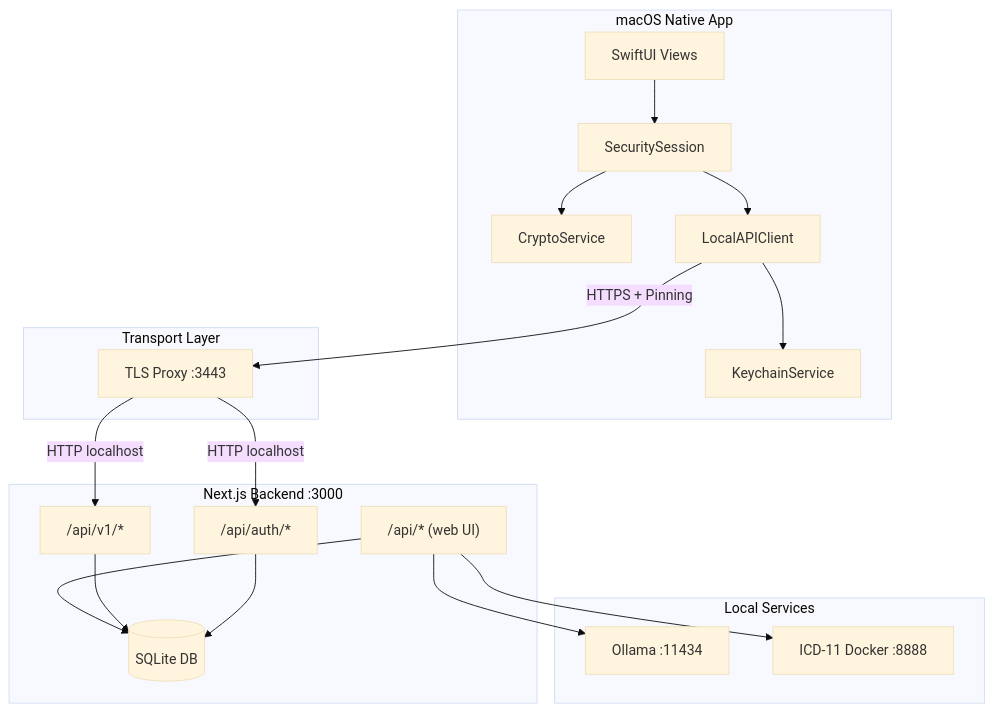
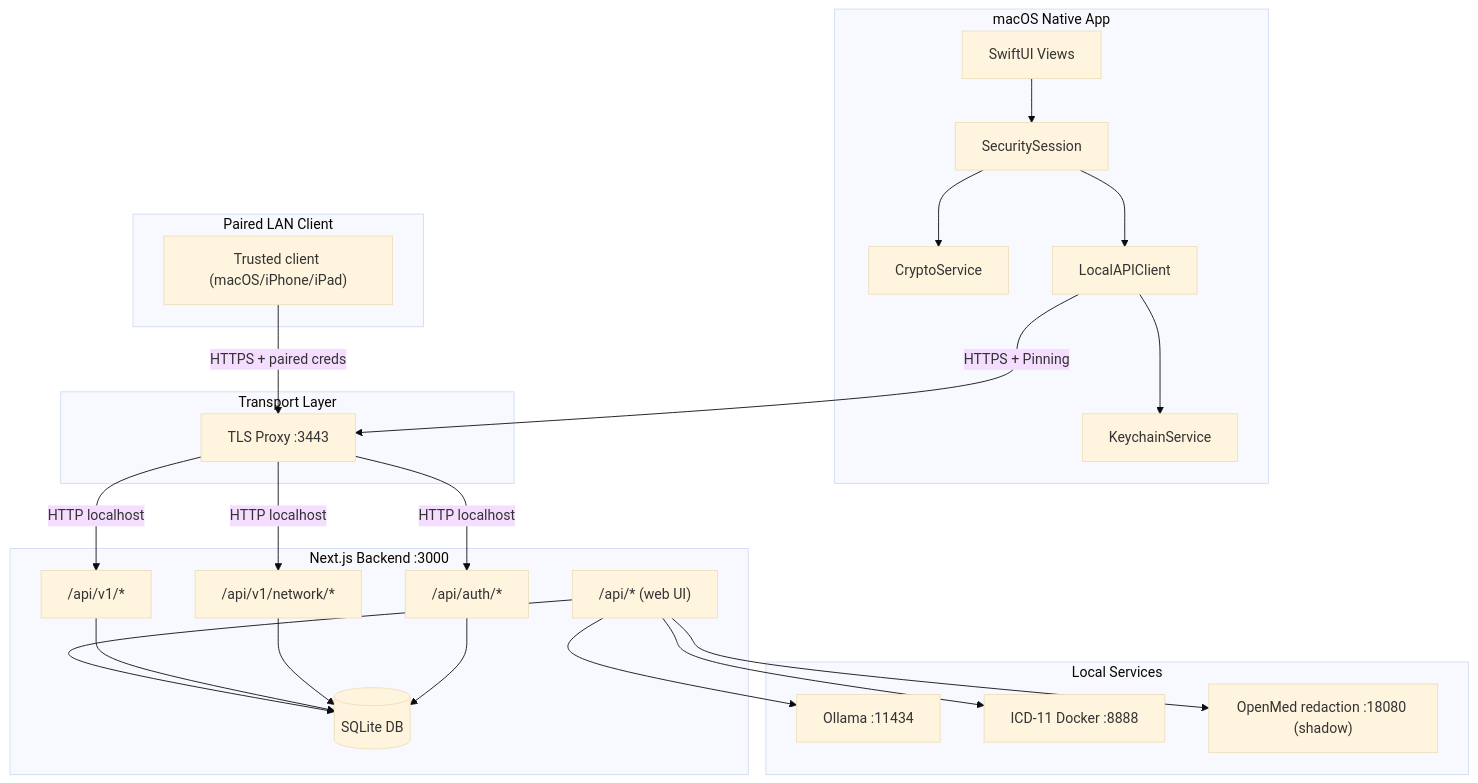
The first of 4 diagrams in docs/walkthrough.md (Wulfgardr/mediflow), drawn with Mermaid (base theme) before and after one commit. The commit also changed other lines of this file and 470 other files, not shown here.

````diff
--- a/docs/walkthrough.md
+++ b/docs/walkthrough.md
@@ -29,39 +39,49 @@
 ```mermaid
 graph TB
     subgraph "macOS Native App"
         UI[SwiftUI Views]
         SEC[SecuritySession]
         CRYPTO[CryptoService]
         KC[KeychainService]
         API[LocalAPIClient]
     end
 
+    subgraph "Paired LAN Client"
+        PEER["Trusted client (macOS/iPhone/iPad)"]
+    end
+
     subgraph "Transport Layer"
         TLS["TLS Proxy :3443"]
     end
 
     subgraph "Next.js Backend :3000"
         AUTH["/api/auth/*"]
         V1["/api/v1/*"]
+        NET["/api/v1/network/*"]
         WEBAPI["/api/* (web UI)"]
         DB[(SQLite DB)]
     end
 
     subgraph "Local Services"
         OLLAMA["Ollama :11434"]
         ICD["ICD-11 Docker :8888"]
+        OPENMED["OpenMed redaction :18080 (shadow)"]
     end
 
     UI --> SEC
     SEC --> CRYPTO
     SEC --> API
     API --> KC
     API -->|HTTPS + Pinning| TLS
+    PEER -->|HTTPS + paired creds| TLS
     TLS -->|HTTP localhost| V1
+    TLS -->|HTTP localhost| NET
     TLS -->|HTTP localhost| AUTH
     WEBAPI --> DB
     V1 --> DB
+    NET --> DB
     AUTH --> DB
     WEBAPI --> OLLAMA
     WEBAPI --> ICD
+    WEBAPI --> OPENMED
 ```
````
